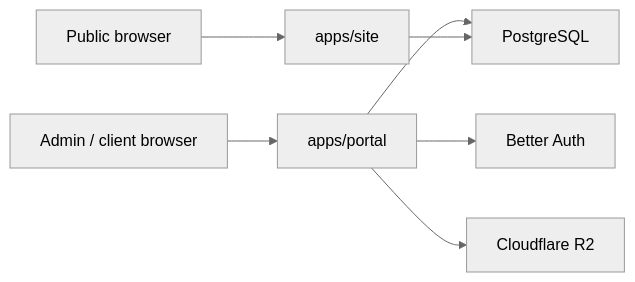
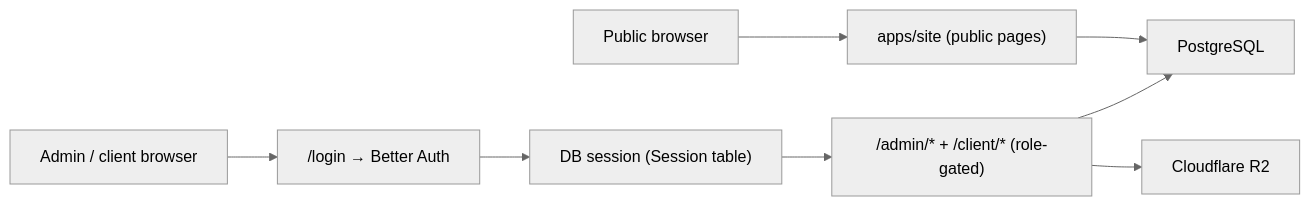
The diagram in docs/SECURITY.md (stevenfackley/steveackley-website), drawn with Mermaid (neutral theme) before and after one commit. The commit also changed other lines of this file and 9 other files, not shown here.

````diff
--- a/docs/SECURITY.md
+++ b/docs/SECURITY.md
@@ -5,9 +5,10 @@
 ```mermaid
 flowchart LR
-    public["Public browser"] --> site["apps/site"]
-    admin["Admin / client browser"] --> portal["apps/portal"]
-    portal --> auth["Better Auth"]
-    portal --> db["PostgreSQL"]
-    portal --> r2["Cloudflare R2"]
+    public["Public browser"] --> site["apps/site (public pages)"]
+    admin["Admin / client browser"] --> auth["/login → Better Auth"]
+    auth --> session["DB session (Session table)"]
+    session --> protected["/admin/* + /client/* (role-gated)"]
+    protected --> db["PostgreSQL"]
+    protected --> r2["Cloudflare R2"]
     site --> db
 ```
````
